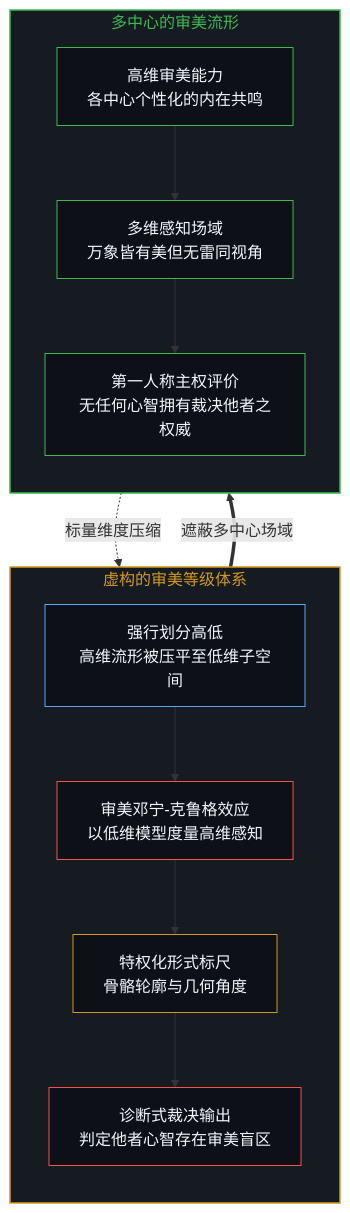
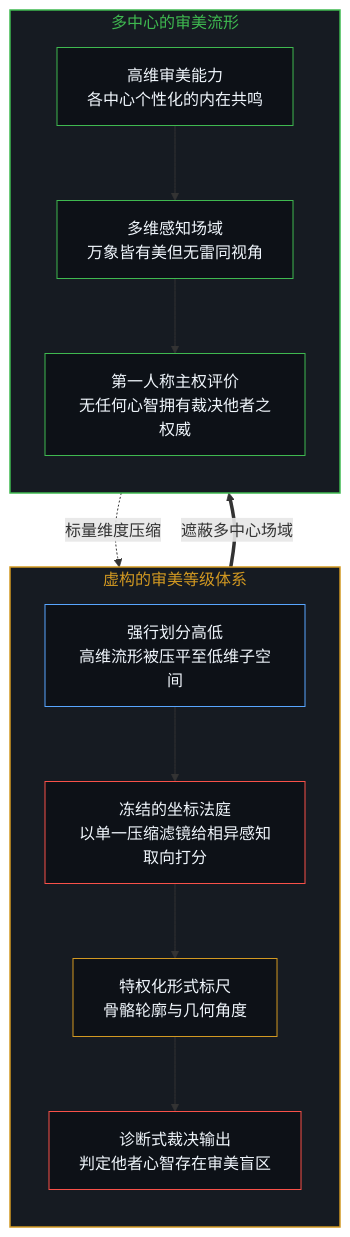
One commit to powerpig99/not-a-toe changed the third of 8 diagrams in content/posts/the-self-portrait-in-the-projection.md. Above: the diagram before and after it, drawn with Mermaid. The commit also changed other lines of this file and 5 other files, not shown here.

````diff
--- a/content/posts/the-self-portrait-in-the-projection.md
+++ b/content/posts/the-self-portrait-in-the-projection.md
@@ -79,31 +79,31 @@
 ```mermaid
 flowchart TD
   subgraph S_HIER["虚构的审美等级体系"]
     direction TB
     H_PROJ["强行划分高低<br/>高维流形被压平至低维子空间"]
-    H_DK["审美邓宁-克鲁格效应<br/>以低维模型度量高维感知"]
+    H_FREEZE["冻结的坐标法庭<br/>以单一压缩滤镜给相异感知取向打分"]
     H_HIGH["特权化形式标尺<br/>骨骼轮廓与几何角度"]
     H_STIGMA["诊断式裁决输出<br/>判定他者心智存在审美盲区"]
   end
   subgraph S_LOCUS["多中心的审美流形"]
     direction TB
     L_HIGH["高维审美能力<br/>各中心个性化的内在共鸣"]
     L_FIELD["多维感知场域<br/>万象皆有美但无雷同视角"]
     L_SOV["第一人称主权评价<br/>无任何心智拥有裁决他者之权威"]
   end
   L_HIGH -.->|"标量维度压缩"| H_PROJ
-  H_PROJ --> H_DK
-  H_DK --> H_HIGH
+  H_PROJ --> H_FREEZE
+  H_FREEZE --> H_HIGH
   H_HIGH --> H_STIGMA
   L_HIGH --> L_FIELD --> L_SOV
   H_STIGMA ==>|"遮蔽多中心场域"| L_FIELD
   style S_HIER fill:#161b22,stroke:#d29922,stroke-width:1.5px,color:#d29922
   style S_LOCUS fill:#161b22,stroke:#3fb950,stroke-width:1.5px,color:#3fb950
   style H_PROJ fill:#0d1117,stroke:#58a6ff,stroke-width:1px,color:#f0f6fc
-  style H_DK fill:#0d1117,stroke:#f85149,stroke-width:1px,color:#f0f6fc
+  style H_FREEZE fill:#0d1117,stroke:#f85149,stroke-width:1px,color:#f0f6fc
   style H_HIGH fill:#0d1117,stroke:#d29922,stroke-width:1px,color:#f0f6fc
   style H_STIGMA fill:#0d1117,stroke:#f85149,stroke-width:1px,color:#f0f6fc
   style L_HIGH fill:#0d1117,stroke:#3fb950,stroke-width:1px,color:#f0f6fc
   style L_FIELD fill:#0d1117,stroke:#3fb950,stroke-width:1px,color:#f0f6fc
   style L_SOV fill:#0d1117,stroke:#3fb950,stroke-width:1px,color:#f0f6fc
 ```
````
